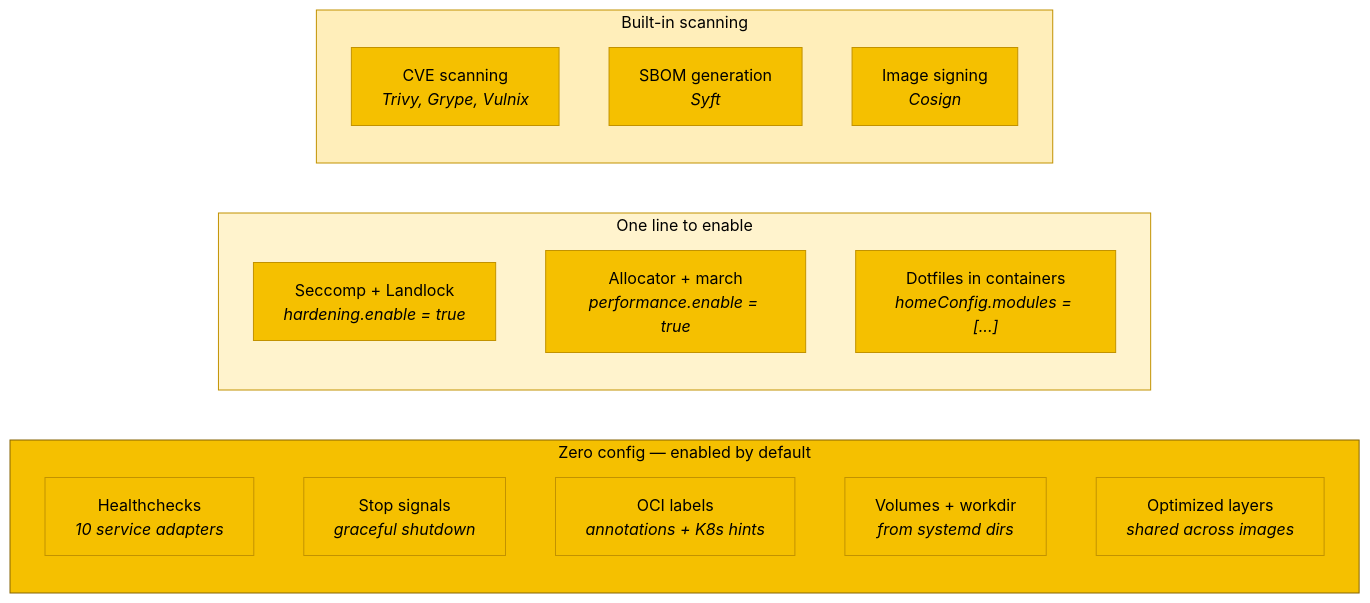
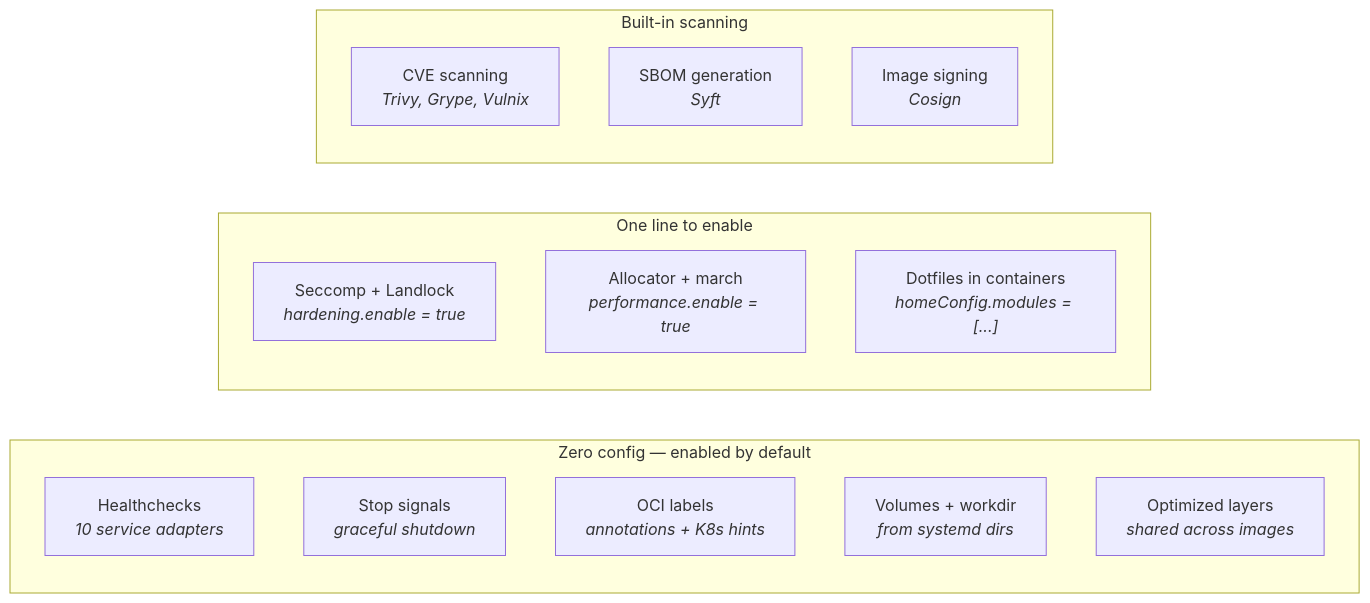
One commit to Dauliac/nix-oci changed the third of 3 diagrams in README.md. Above: the diagram before and after it, drawn with Mermaid. The commit also changed other lines of this file and 65 other files, not shown here.

````diff
--- a/README.md
+++ b/README.md
@@ -72,30 +41,25 @@
 ```mermaid
-%%{init: {'theme': 'base', 'themeVariables': { 'primaryColor': '#f5c000', 'primaryTextColor': '#000', 'primaryBorderColor': '#c29200', 'secondaryColor': '#fff3cd', 'secondaryTextColor': '#000', 'secondaryBorderColor': '#c29200', 'tertiaryColor': '#ffeeba', 'tertiaryTextColor': '#000', 'tertiaryBorderColor': '#c29200', 'lineColor': '#c29200', 'textColor': '#000', 'fontFamily': 'system-ui, sans-serif' }}}%%
 flowchart LR
     subgraph NO_CONFIG ["Zero config — enabled by default"]
         direction TB
         H["Healthchecks<br/><i>10 service adapters</i>"]
         S["Stop signals<br/><i>graceful shutdown</i>"]
         L["OCI labels<br/><i>annotations + K8s hints</i>"]
         V["Volumes + workdir<br/><i>from systemd dirs</i>"]
         O["Optimized layers<br/><i>shared across images</i>"]
     end
 
     subgraph ONE_LINE ["One line to enable"]
         direction TB
         SEC["Seccomp + Landlock<br/><i>hardening.enable = true</i>"]
         PERF["Allocator + march<br/><i>performance.enable = true</i>"]
         HM["Dotfiles in containers<br/><i>homeConfig.modules = [...]</i>"]
     end
 
     subgraph SCANNING ["Built-in scanning"]
         direction TB
         CVE["CVE scanning<br/><i>Trivy, Grype, Vulnix</i>"]
         SBOM["SBOM generation<br/><i>Syft</i>"]
         SIGN["Image signing<br/><i>Cosign</i>"]
     end
-
-    style NO_CONFIG fill:#f5c000,stroke:#856404,color:#000
-    style ONE_LINE fill:#fff3cd,stroke:#c29200,color:#000
-    style SCANNING fill:#ffeeba,stroke:#c29200,color:#000
 ```
````
